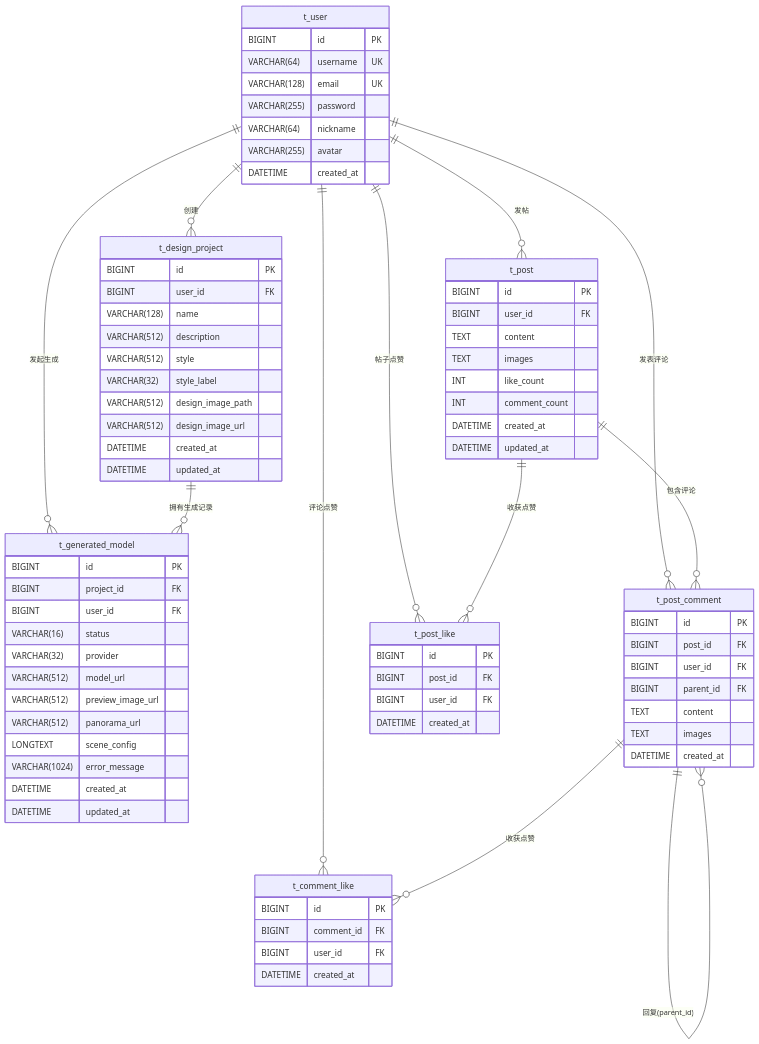
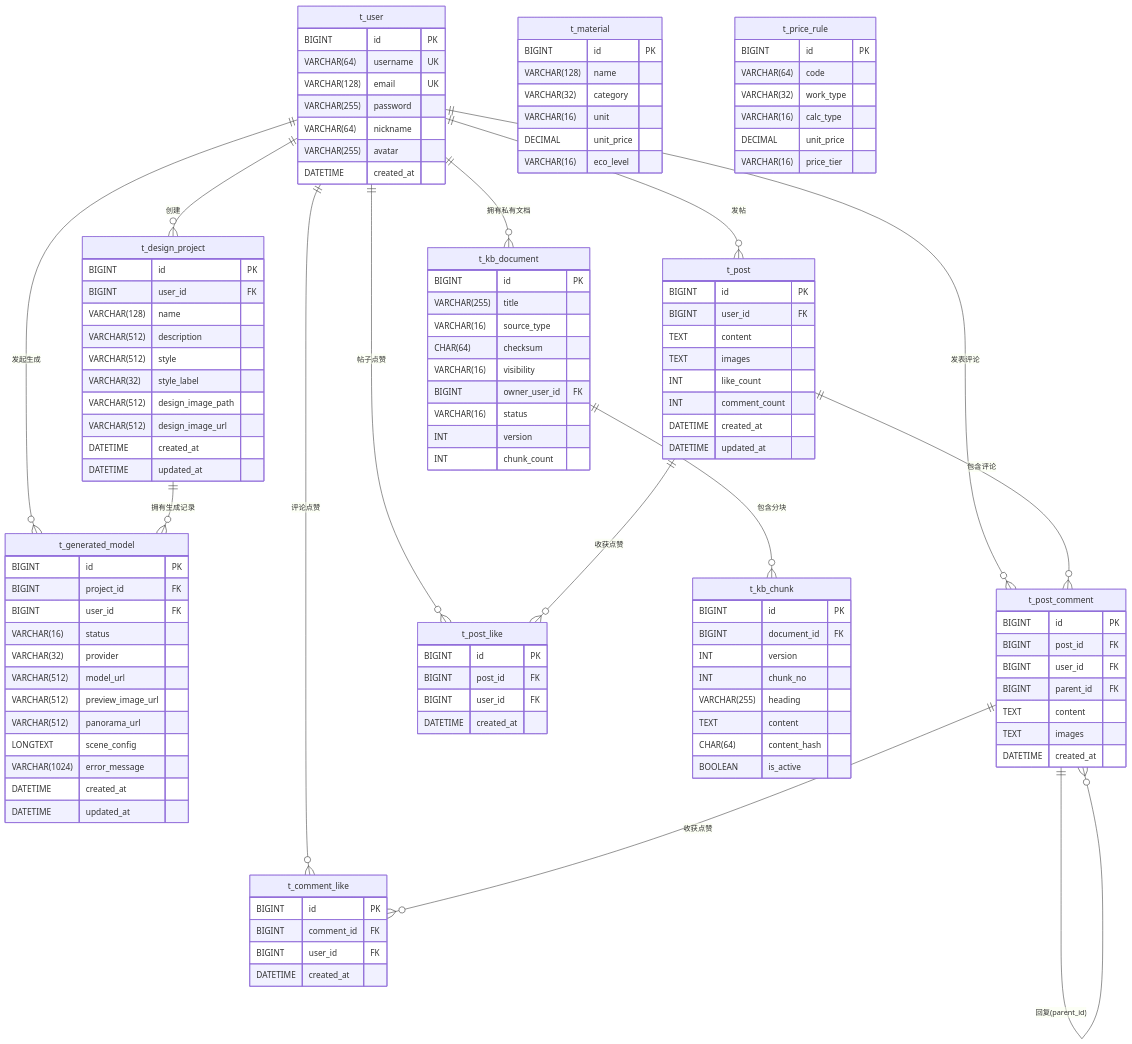
The diagram in docs/数据库设计.md (6myname6/house-design), drawn with Mermaid before and after one commit. The commit also changed other lines of this file and 39 other files, not shown here.

````diff
--- a/docs/数据库设计.md
+++ b/docs/数据库设计.md
@@ -225,6 +342,8 @@
     t_post ||--o{ t_post_like : "收获点赞"
     t_post_comment ||--o{ t_comment_like : "收获点赞"
     t_post_comment ||--o{ t_post_comment : "回复(parent_id)"
+    t_user ||--o{ t_kb_document : "拥有私有文档"
+    t_kb_document ||--o{ t_kb_chunk : "包含分块"
 
     t_user {
         BIGINT id PK
@@ -298,4 +417,45 @@
         BIGINT user_id FK
         DATETIME created_at
     }
+
+    t_kb_document {
+        BIGINT id PK
+        VARCHAR(255) title
+        VARCHAR(16) source_type
+        CHAR(64) checksum
+        VARCHAR(16) visibility
+        BIGINT owner_user_id FK
+        VARCHAR(16) status
+        INT version
+        INT chunk_count
+    }
+
+    t_kb_chunk {
+        BIGINT id PK
+        BIGINT document_id FK
+        INT version
+        INT chunk_no
+        VARCHAR(255) heading
+        TEXT content
+        CHAR(64) content_hash
+        BOOLEAN is_active
+    }
+
+    t_material {
+        BIGINT id PK
+        VARCHAR(128) name
+        VARCHAR(32) category
+        VARCHAR(16) unit
+        DECIMAL unit_price
+        VARCHAR(16) eco_level
+    }
+
+    t_price_rule {
+        BIGINT id PK
+        VARCHAR(64) code
+        VARCHAR(32) work_type
+        VARCHAR(16) calc_type
+        DECIMAL unit_price
+        VARCHAR(16) price_tier
+    }
 ```
````
